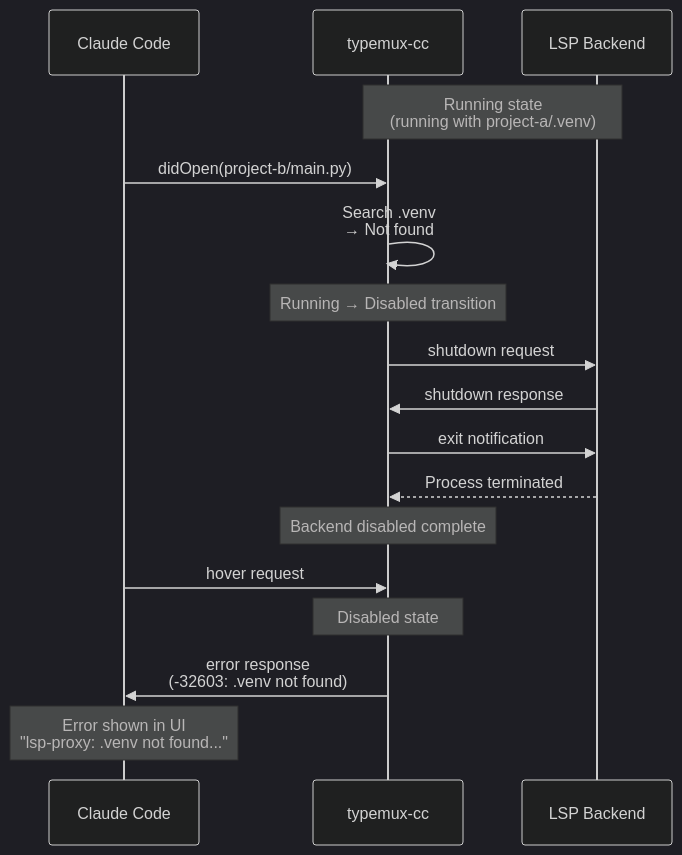
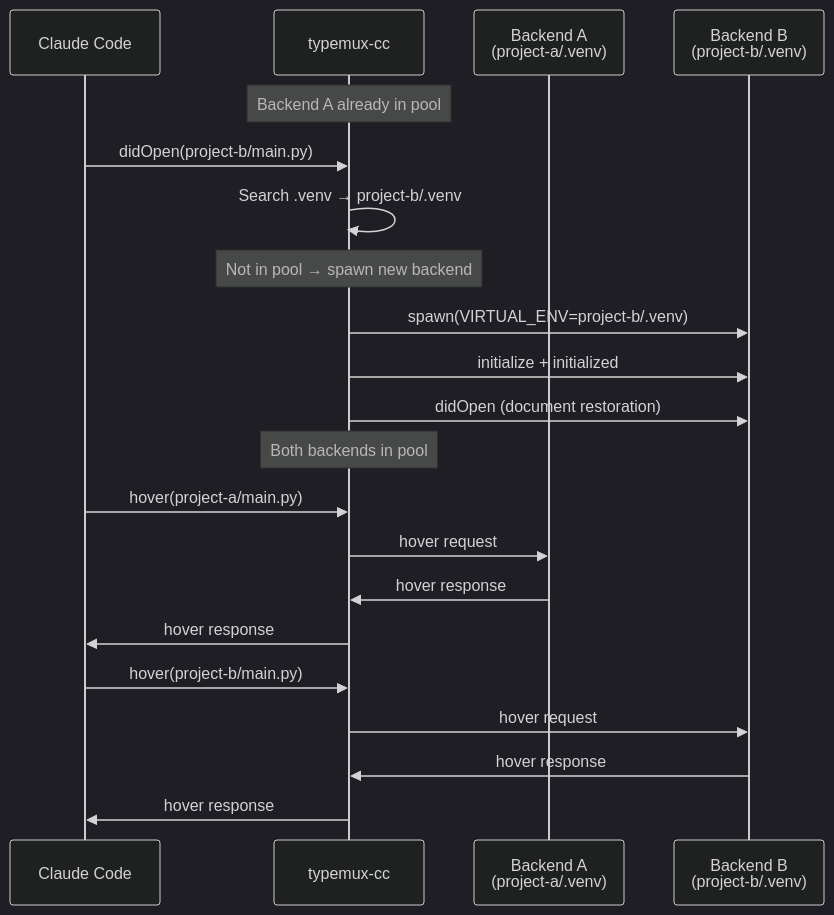
Before and after one commit to K-dash/pyright-lsp-proxy: the fourth of 6 diagrams in ARCHITECTURE.md, drawn with Mermaid (dark theme). The commit also changed other lines of this file, not shown here.

First line of the commit message:
docs: rewrite ARCHITECTURE.md for multi-backend pool and warmup readiness (#14)

````diff
--- a/ARCHITECTURE.md
+++ b/ARCHITECTURE.md
@@ -169,24 +245,29 @@
 ```mermaid
 sequenceDiagram
     participant Client as Claude Code
     participant Proxy as typemux-cc
-    participant Backend as LSP Backend
+    participant A as Backend A<br/>(project-a/.venv)
+    participant B as Backend B<br/>(project-b/.venv)
 
-    Note over Proxy,Backend: Running state<br/>(running with project-a/.venv)
+    Note over Proxy: Backend A already in pool
 
     Client->>Proxy: didOpen(project-b/main.py)
-    Proxy->>Proxy: Search .venv<br/>→ Not found
-    Note over Proxy: Running → Disabled transition
+    Proxy->>Proxy: Search .venv → project-b/.venv
+    Note over Proxy: Not in pool → spawn new backend
 
-    Proxy->>Backend: shutdown request
-    Backend->>Proxy: shutdown response
-    Proxy->>Backend: exit notification
-    Backend-->>Proxy: Process terminated
+    Proxy->>B: spawn(VIRTUAL_ENV=project-b/.venv)
+    Proxy->>B: initialize + initialized
+    Proxy->>B: didOpen (document restoration)
 
-    Note over Proxy: Backend disabled complete
+    Note over Proxy: Both backends in pool
 
-    Client->>Proxy: hover request
-    Note over Proxy: Disabled state
-    Proxy->>Client: error response<br/>(-32603: .venv not found)
-    Note over Client: Error shown in UI<br/>"lsp-proxy: .venv not found..."
+    Client->>Proxy: hover(project-a/main.py)
+    Proxy->>A: hover request
+    A->>Proxy: hover response
+    Proxy->>Client: hover response
+
+    Client->>Proxy: hover(project-b/main.py)
+    Proxy->>B: hover request
+    B->>Proxy: hover response
+    Proxy->>Client: hover response
 ```
````
